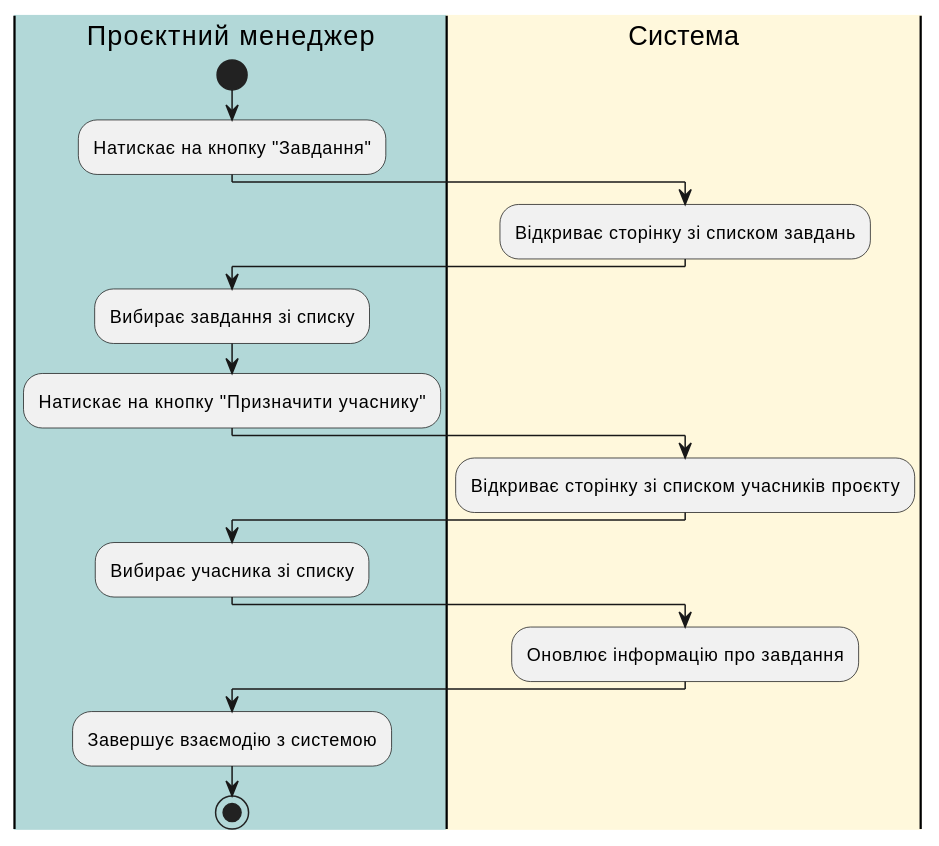
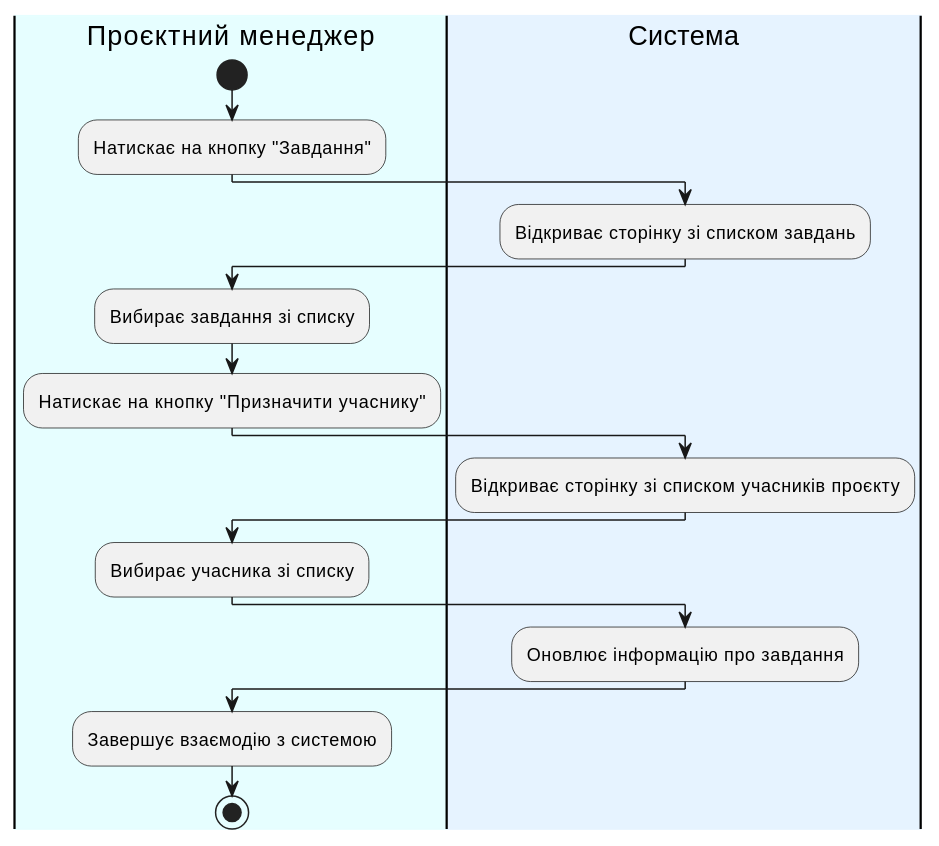
One commit to wiiiolettaaaaa/coursework_database changed diagram 24 of 27 in docs/use cases/README.md. Above: the diagram before and after it, drawn with PlantUML. The commit also changed other lines of this file, not shown here.

```diff
--- a/docs/use cases/README.md
+++ b/docs/use cases/README.md
@@ -1122,31 +1122,30 @@
 @startuml
 
-|#b2d8d8|Проєктний менеджер|
+|#e6feff|Проєктний менеджер|
 start;
 
 :Натискає на кнопку "Завдання";
 
-|#fff8dc|Система|
+|#e6f3ff|Система|
 :Відкриває сторінку зі списком завдань;
 
 |Проєктний менеджер|
 :Вибирає завдання зі списку;
 
 :Натискає на кнопку "Призначити учаснику";
-
 
 |Система|
 :Відкриває сторінку зі списком учасників проєкту;
 
 |Проєктний менеджер|
 :Вибирає учасника зі списку;
 
 |Система|
 :Оновлює інформацію про завдання;
 
 |Проєктний менеджер|
 :Завершує взаємодію з системою;
 
 stop;
 
 @enduml
```
